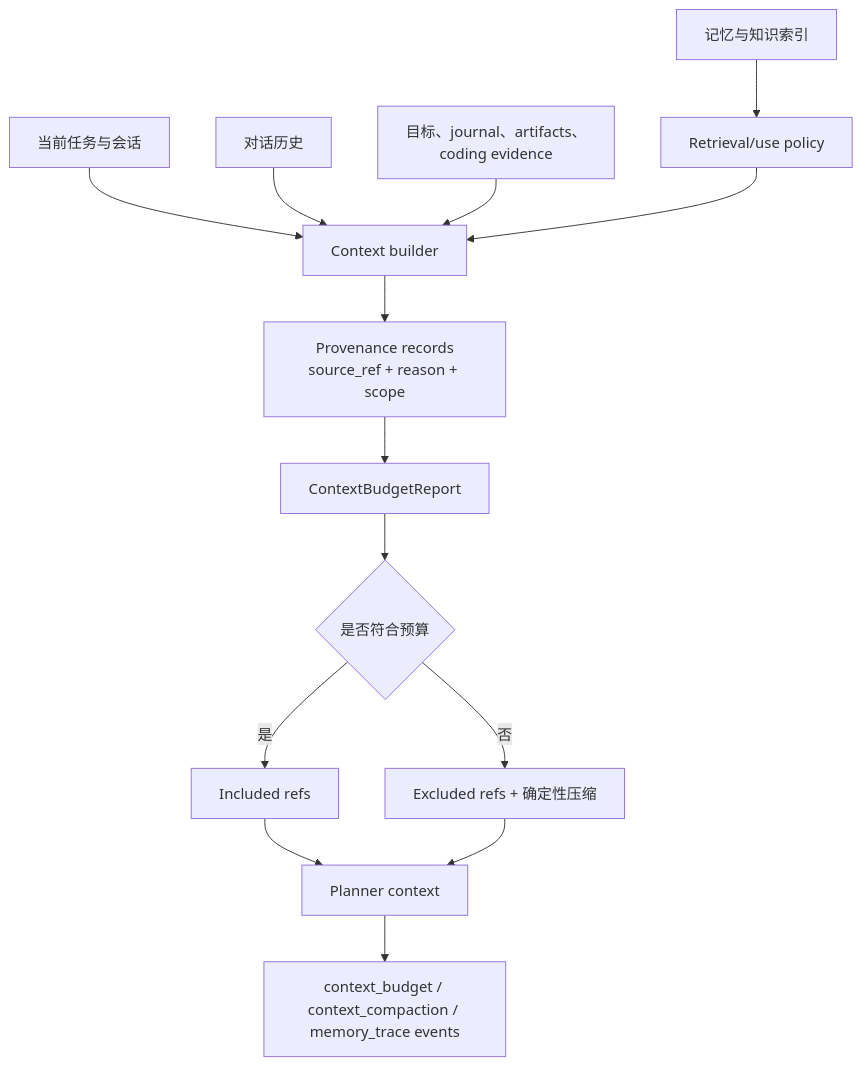
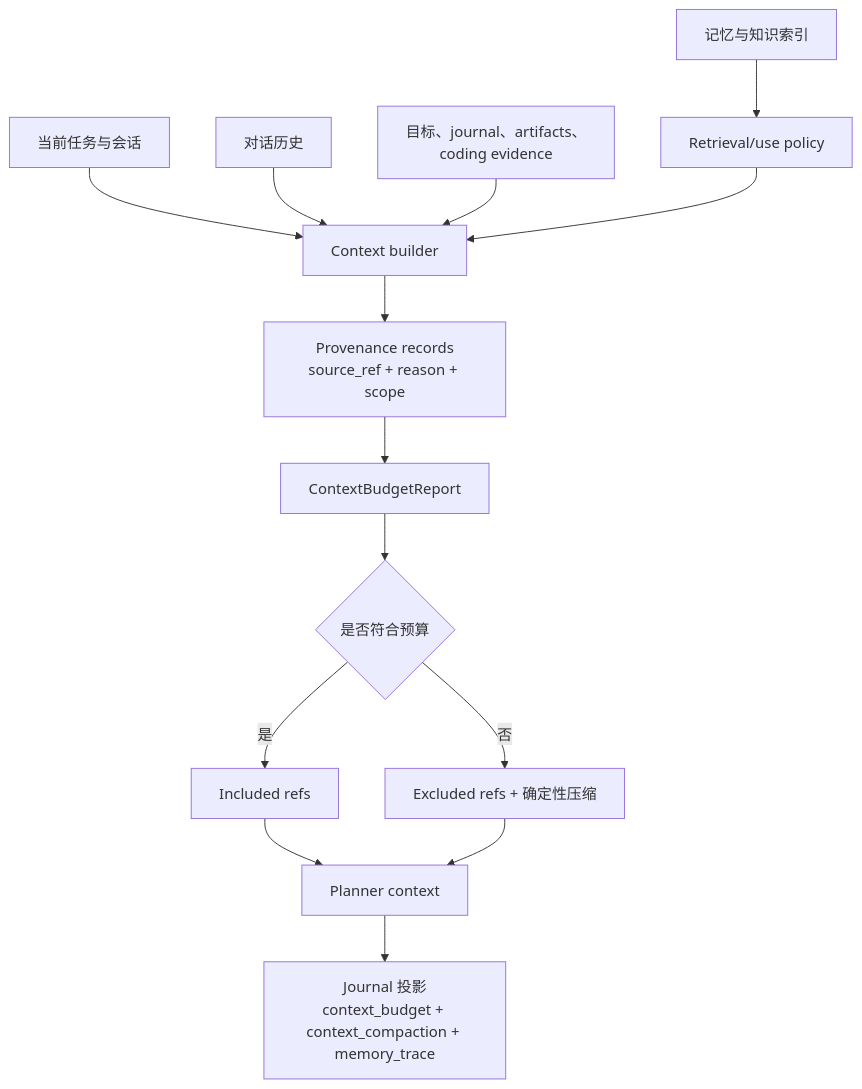
One commit to MatrixCoreX/RustClaw changed the second of 2 diagrams in docs/architecture/03-task-state-context.zh-CN.md. Above: the diagram before and after it, drawn with Mermaid. The commit also changed other lines of this file and 17 other files, not shown here.

Commit message:
docs: synchronize architecture learning guide

````diff
--- a/docs/architecture/03-task-state-context.zh-CN.md
+++ b/docs/architecture/03-task-state-context.zh-CN.md
@@ -32,16 +36,16 @@
 ```mermaid
 flowchart TD
     A[当前任务与会话] --> B[Context builder]
     C[对话历史] --> B
     D[记忆与知识索引] --> E[Retrieval/use policy]
     F[目标、journal、artifacts、<br/>coding evidence] --> B
     E --> B
     B --> G[Provenance records<br/>source_ref + reason + scope]
     G --> H[ContextBudgetReport]
     H --> I{是否符合预算}
     I -->|是| J[Included refs]
     I -->|否| K[Excluded refs + 确定性压缩]
     J --> L[Planner context]
     K --> L
-    L --> M[context_budget / context_compaction / memory_trace events]
+    L --> M[Journal 投影<br/>context_budget + context_compaction + memory_trace]
 ```
````
